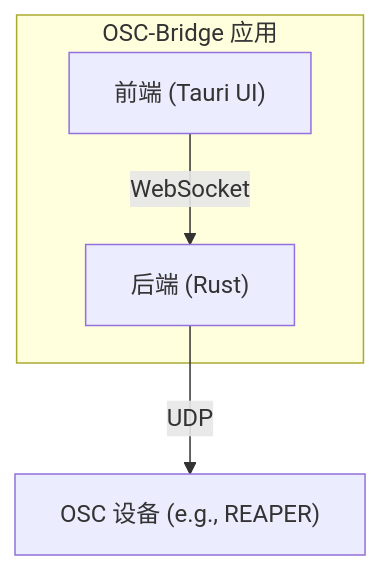
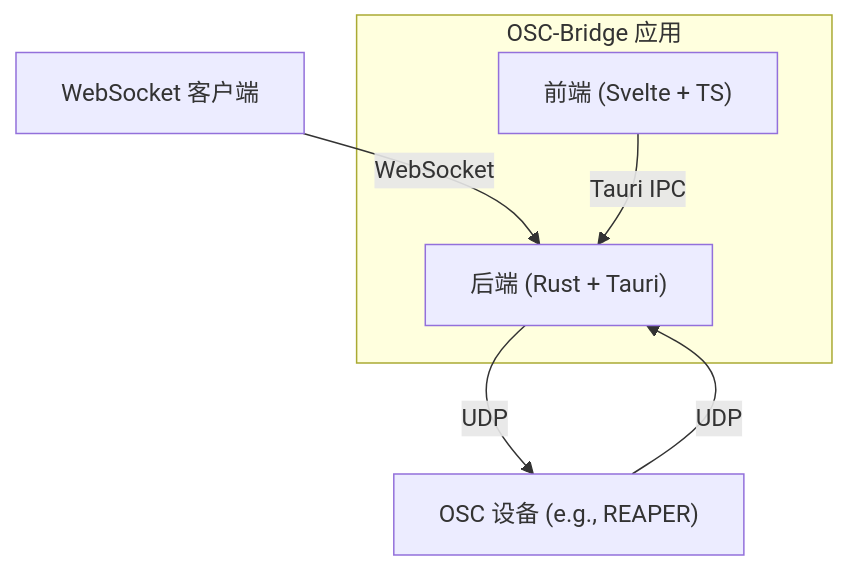
The diagram in README.md (GohardSGG/OSC-Bridge), drawn with Mermaid before and after one commit. The commit also changed other lines of this file and 5 other files, not shown here.

````diff
--- a/README.md
+++ b/README.md
@@ -35,12 +40,15 @@
 ```mermaid
 graph TD
     subgraph "OSC-Bridge 应用"
-        A["前端 (Tauri UI)"]
-        B["后端 (Rust)"]
+        A["前端 (Svelte + TS)"]
+        B["后端 (Rust + Tauri)"]
     end
 
     C["OSC 设备 (e.g., REAPER)"]
+    D["WebSocket 客户端"]
 
-    A -- WebSocket --> B
+    D -- WebSocket --> B
+    A -- Tauri IPC --> B
     B -- UDP --> C
+    C -- UDP --> B
 ```
````
